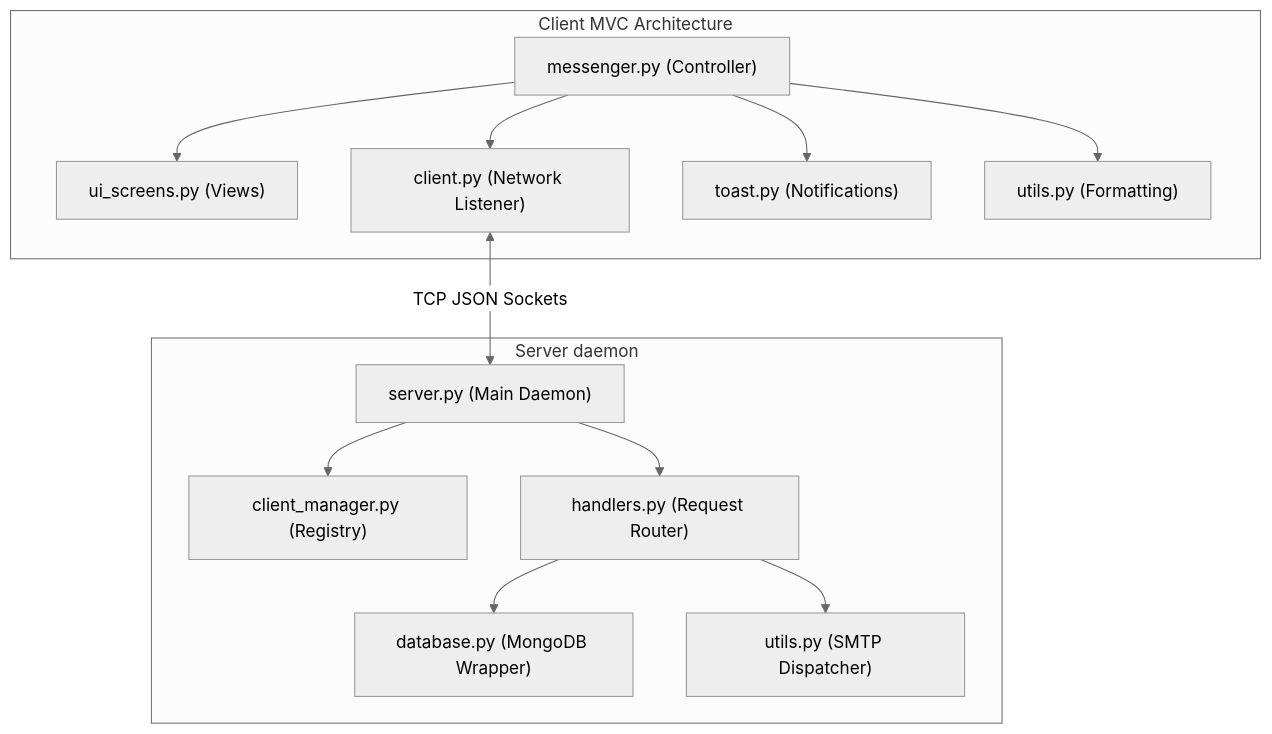
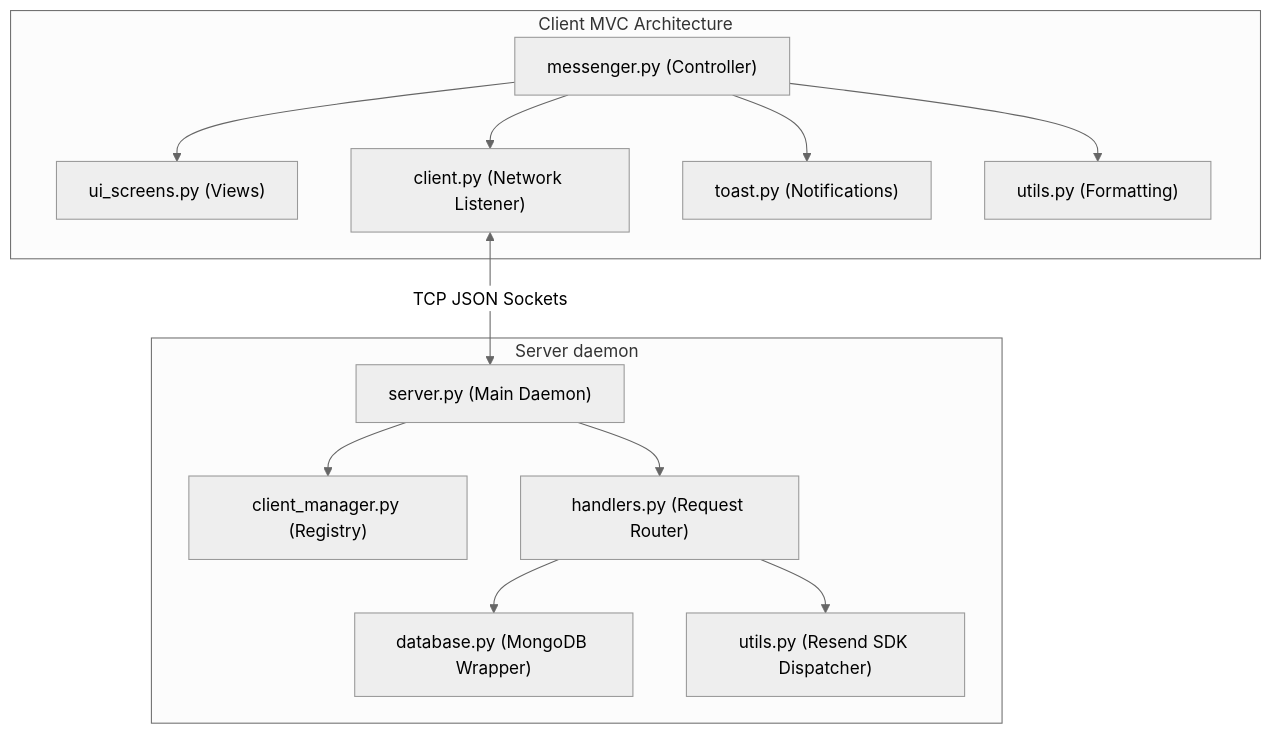
The diagram in README.md (JakkaMadhu/Messenger), drawn with Mermaid (neutral theme) before and after one commit. The commit also changed other lines of this file, not shown here.

Commit message:
Refine README.md with updated features, live demo download links, and Resend SDK details

````diff
--- a/README.md
+++ b/README.md
@@ -40,18 +44,18 @@
 ```mermaid
 graph TD
     subgraph Client App [Client MVC Architecture]
         M["messenger.py (Controller)"] --> V["ui_screens.py (Views)"]
         M --> C["client.py (Network Listener)"]
         M --> T["toast.py (Notifications)"]
         M --> U1["utils.py (Formatting)"]
     end
     
     subgraph Server Backend [Server daemon]
         S["server.py (Main Daemon)"] --> CM["client_manager.py (Registry)"]
         S --> H["handlers.py (Request Router)"]
         H --> DB["database.py (MongoDB Wrapper)"]
-        H --> U2["utils.py (SMTP Dispatcher)"]
+        H --> U2["utils.py (Resend SDK Dispatcher)"]
     end
     
     C <--> |TCP JSON Sockets| S
 ```
````
